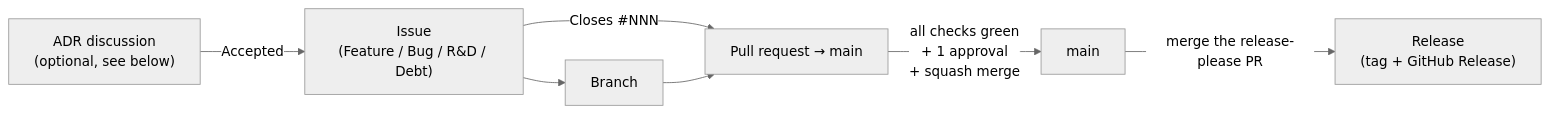
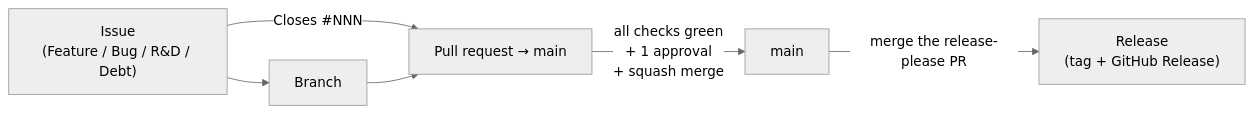
One commit to Julian52575/Big-3-Governed-Template changed the diagram in CONTRIBUTING.md. Above: the diagram before and after it, drawn with Mermaid (neutral theme). The commit also changed other lines of this file and 12 other files, not shown here.

First line of the commit message:
refactor!: remove the ADR discussion flow and Discord notifications

````diff
--- a/CONTRIBUTING.md
+++ b/CONTRIBUTING.md
@@ -19,16 +19,14 @@
 ```mermaid
 flowchart LR
-    ADR["ADR discussion<br/>(optional, see below)"]
     ISSUE["Issue<br/>(Feature / Bug / R&D / Debt)"]
     BRANCH["Branch"]
     PR["Pull request &rarr; main"]
     MAIN["main"]
     RELEASE["Release<br/>(tag + GitHub Release)"]
 
-    ADR -- "Accepted" --> ISSUE
     ISSUE --> BRANCH
     ISSUE -- "Closes #NNN" --> PR
     BRANCH --> PR
     PR -- "all checks green<br/>+ 1 approval<br/>+ squash merge" --> MAIN
     MAIN -- "merge the release-please PR" --> RELEASE
 ```
````
